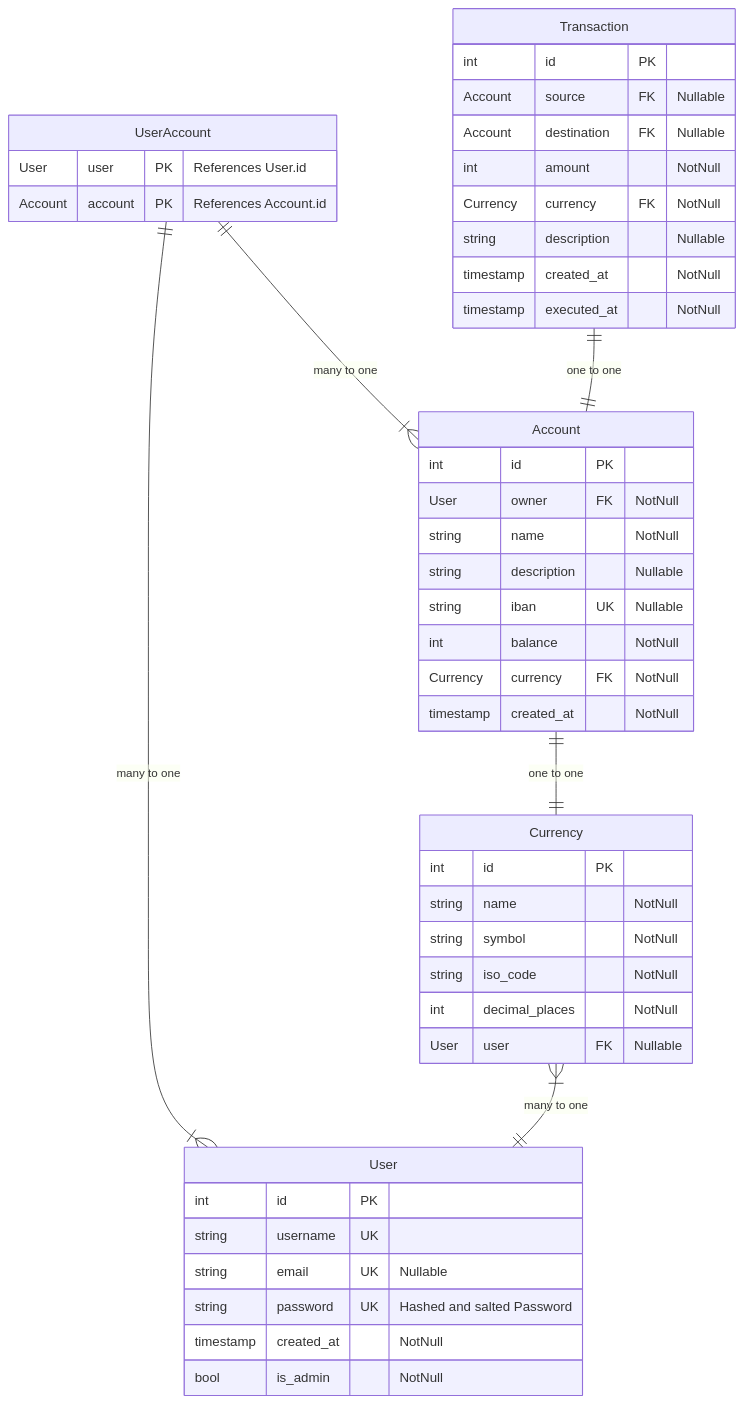
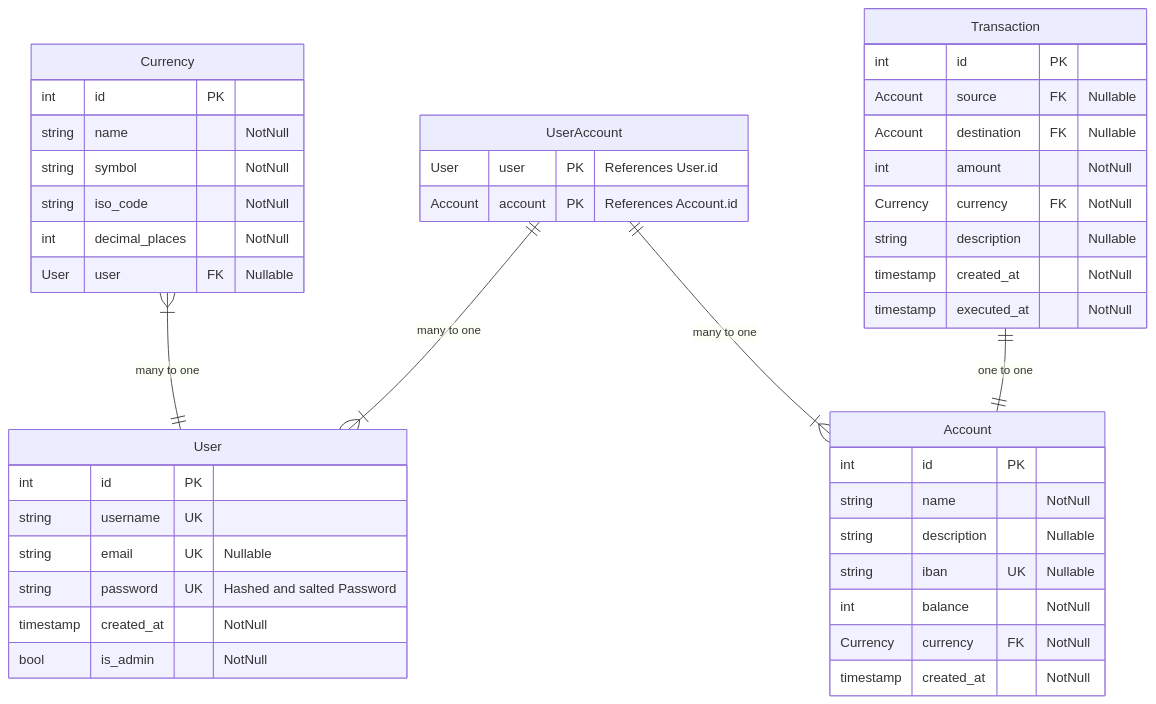
Before and after one commit to jt-foss/financrr-app: the diagram in src/db/README.md, drawn with Mermaid. The commit also changed other lines of this file and 1 other file, not shown here.

Commit message:
implemented transaction controller + started work on refactoring how the backend works

````diff
--- a/src/db/README.md
+++ b/src/db/README.md
@@ -5,53 +5,51 @@
 ```mermaid
 
 erDiagram
 	User {
 		int id PK
 		string username UK
 		string email UK "Nullable"
 		string password UK "Hashed and salted Password"
 		timestamp created_at "NotNull"
 		bool is_admin "NotNull"
 	}
 
 	Currency {
 		int id PK
 		string name "NotNull"
 		string symbol "NotNull"
 		string iso_code "NotNull"
 		int decimal_places "NotNull"
 		User user FK "Nullable"
 	}
 	Currency }|--|| User: "many to one"
 
 	Account {
 		int id PK
-		User owner FK "NotNull"
 		string name "NotNull"
 		string description "Nullable"
 		string iban UK "Nullable"
 		int balance "NotNull"
 		Currency currency FK "NotNull"
 		timestamp created_at "NotNull"
 	}
-	Account ||--|| Currency: "one to one"
 
 	UserAccount {
 		User user PK "References User.id"
 		Account account PK "References Account.id"
 	}
 	UserAccount ||--|{ User: "many to one"
 	UserAccount ||--|{ Account: "many to one"
 
 	Transaction {
 		int id PK
 		Account source FK "Nullable"
 		Account destination FK "Nullable"
 		int amount "NotNull"
 		Currency currency FK "NotNull"
 		string description "Nullable"
 		timestamp created_at "NotNull"
 		timestamp executed_at "NotNull"
 	}
 	Transaction ||--|| Account: "one to one"
 ```
````
